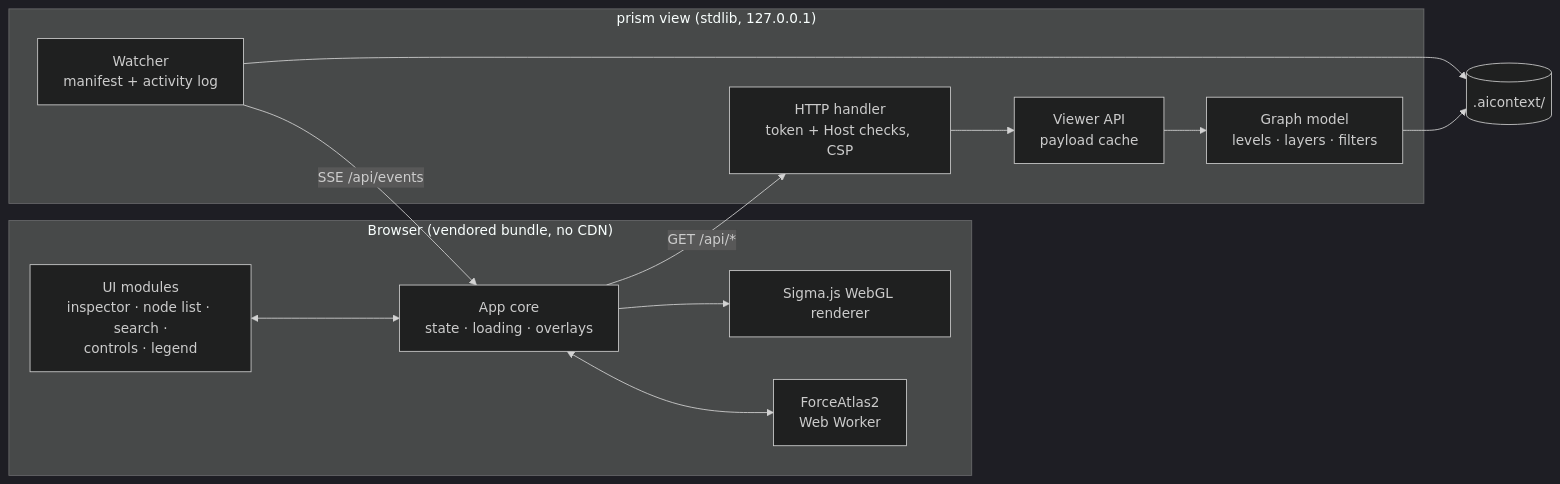
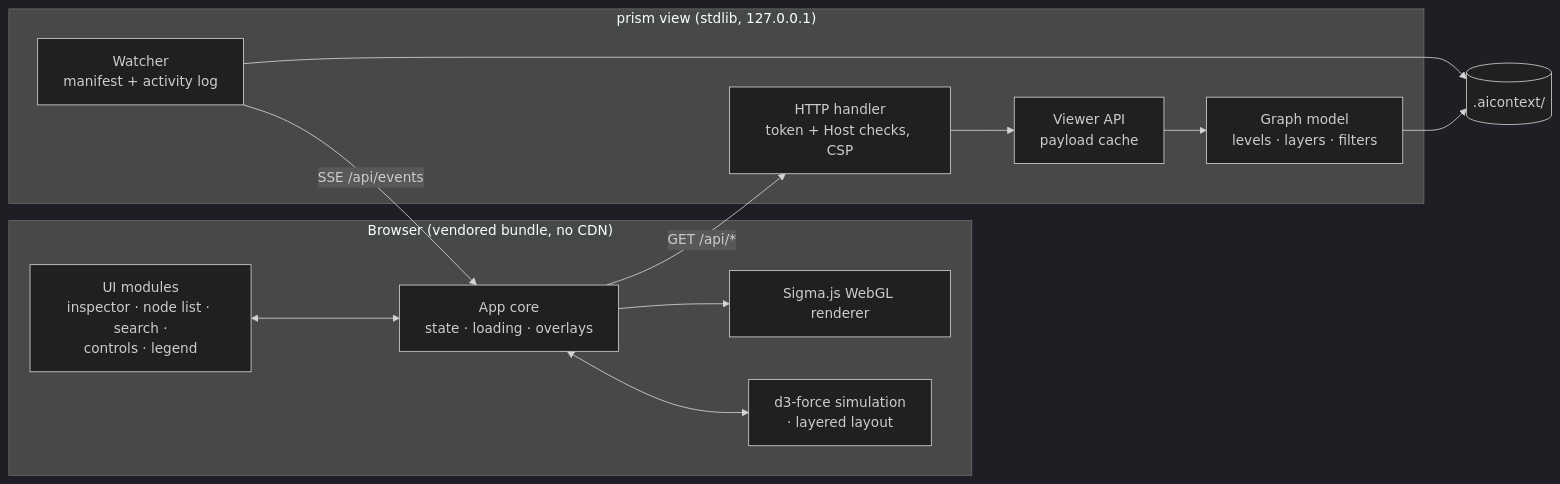
The diagram in docs/viewer.md (Aashutosh-Mahajan/prism), drawn with Mermaid (dark theme) before and after one commit. The commit also changed other lines of this file and 8 other files, not shown here.

````diff
--- a/docs/viewer.md
+++ b/docs/viewer.md
@@ -179,21 +204,21 @@
 ```mermaid
 flowchart LR
     subgraph browser["Browser (vendored bundle, no CDN)"]
         UI["UI modules<br/>inspector · node list · search ·<br/>controls · legend"]
         APP["App core<br/>state · loading · overlays"]
         R["Sigma.js WebGL renderer"]
-        L["ForceAtlas2<br/>Web Worker"]
+        L["d3-force simulation<br/>· layered layout"]
         UI <--> APP --> R
         APP <--> L
     end
     subgraph server["prism view (stdlib, 127.0.0.1)"]
         H["HTTP handler<br/>token + Host checks, CSP"]
         API["Viewer API<br/>payload cache"]
         M["Graph model<br/>levels · layers · filters"]
         W["Watcher<br/>manifest + activity log"]
     end
     AC[(".aicontext/")]
     APP -- "GET /api/*" --> H --> API --> M --> AC
     W -- "SSE /api/events" --> APP
     W --> AC
 ```
````
